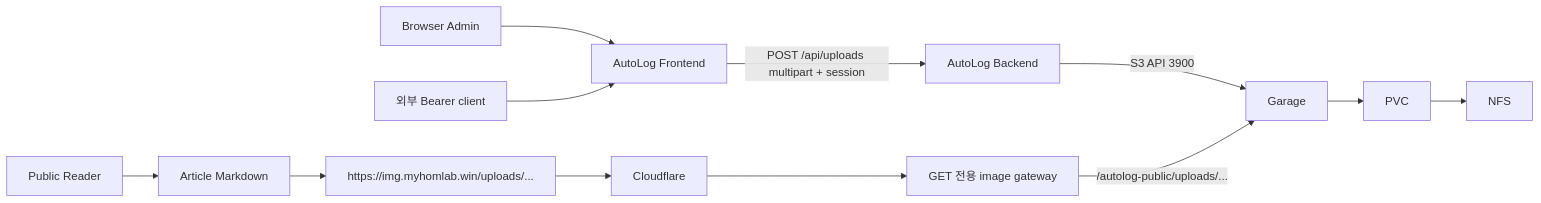
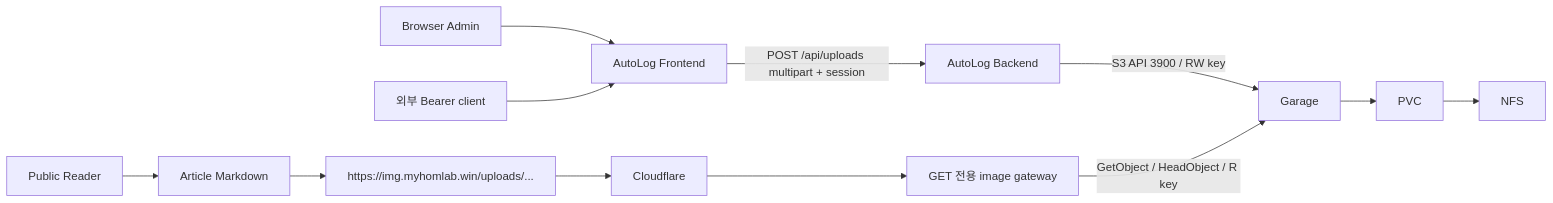
One commit to dbdtm123-hub/gptproject changed the diagram in docs/image-uploads.md. Above: the diagram before and after it, drawn with Mermaid. The commit also changed other lines of this file and 23 other files, not shown here.

Commit message:
feat: add read-only Garage image gateway

````diff
--- a/docs/image-uploads.md
+++ b/docs/image-uploads.md
@@ -6,12 +6,12 @@
 ```mermaid
 flowchart LR
   Admin[Browser Admin] --> Frontend[AutoLog Frontend]
   Frontend -->|POST /api/uploads multipart + session| Backend[AutoLog Backend]
   Client[외부 Bearer client] --> Frontend
-  Backend -->|S3 API 3900| Garage[Garage]
+  Backend -->|S3 API 3900 / RW key| Garage[Garage]
   Garage --> PVC --> NFS
   Reader[Public Reader] --> Markdown[Article Markdown]
   Markdown --> URL[https://img.myhomlab.win/uploads/...]
   URL --> Cloudflare --> Gateway[GET 전용 image gateway]
-  Gateway -->|/autolog-public/uploads/...| Garage
+  Gateway -->|GetObject / HeadObject / R key| Garage
 ```
````
